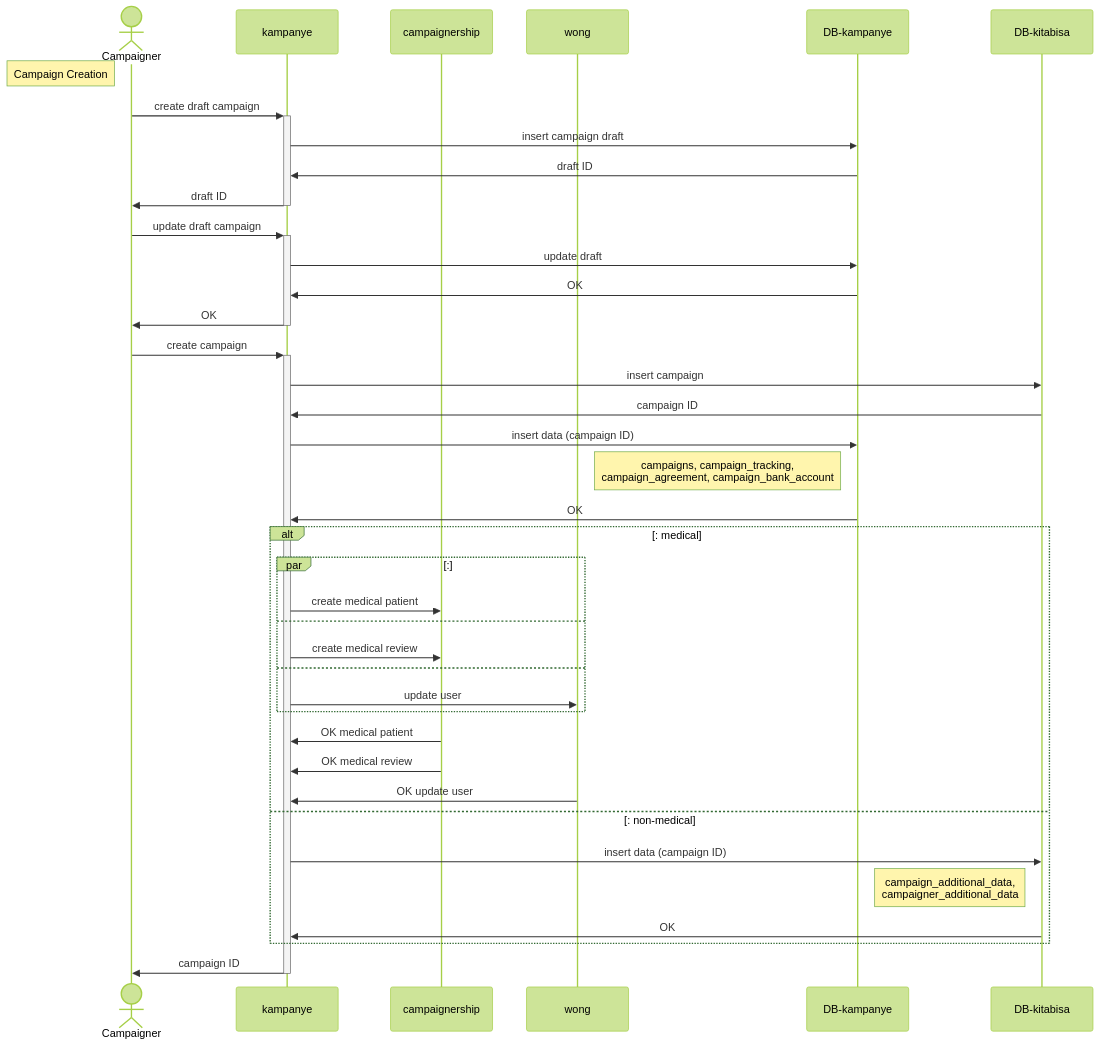
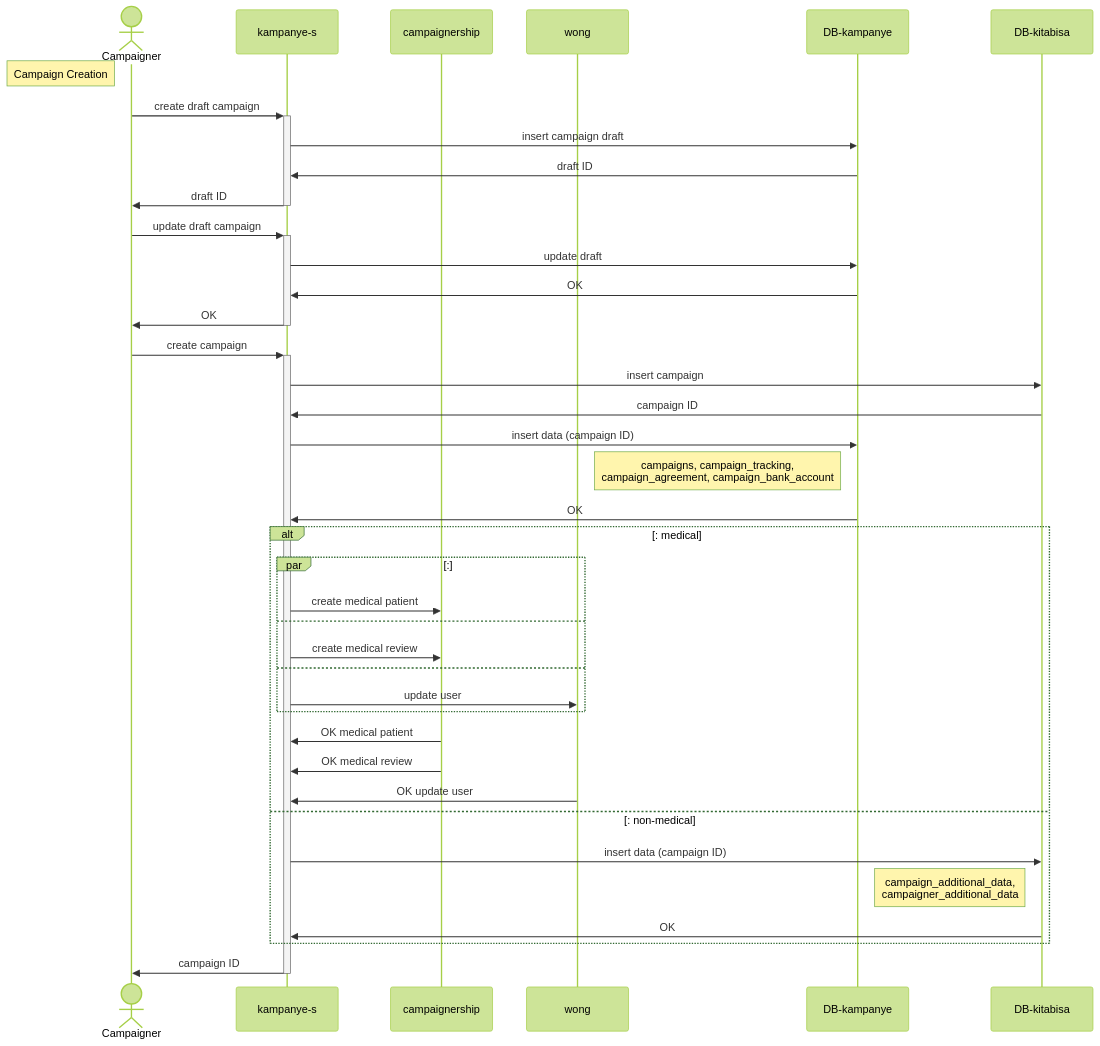
One commit to ardityawahyu/test-actions changed the diagram in docs/seq-campaign_creation.mmd. Above: the diagram before and after it, drawn with Mermaid (forest theme).

```diff
--- a/docs/seq-campaign_creation.mmd
+++ b/docs/seq-campaign_creation.mmd
@@ -1,47 +1,47 @@
 sequenceDiagram
     actor c as Campaigner
     
-    participant k as kampanye
+    participant k as kampanye-s
     participant cs as campaignership
     participant w as wong
 
     participant db as DB-kampanye
     participant dbm as DB-kitabisa
     note left of c: Campaign Creation
 
     c->>+k: create draft campaign
     k->>db: insert campaign draft
     db->>k: draft ID
     k->>c: draft ID
     deactivate k
 
     c->>+k: update draft campaign
     k->>db: update draft
     db->>k: OK
     k->>c: OK
     deactivate k
 
     c->>+k: create campaign
     k->>dbm: insert campaign
     dbm->>k: campaign ID
     k->>db: insert data (campaign ID)
     note left of db: campaigns, campaign_tracking, <br>campaign_agreement, campaign_bank_account
     db->>k: OK
     alt: medical
     par: 
     k->>cs: create medical patient
     and
     k->>cs: create medical review
     and
     k->>w: update user
     end
     cs->>k: OK medical patient
     cs->>k: OK medical review
     w->>k: OK update user
     else: non-medical
     k->>dbm: insert data (campaign ID)
     note left of dbm: campaign_additional_data, <br>campaigner_additional_data
     dbm->>k: OK
     end
     k->>c: campaign ID
     deactivate k
```
